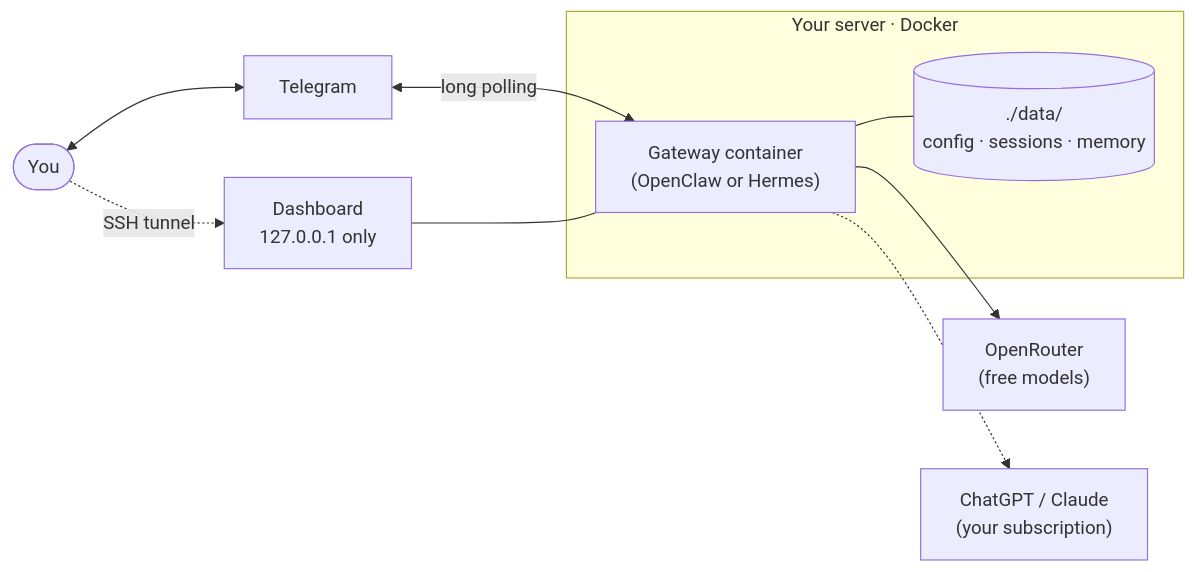
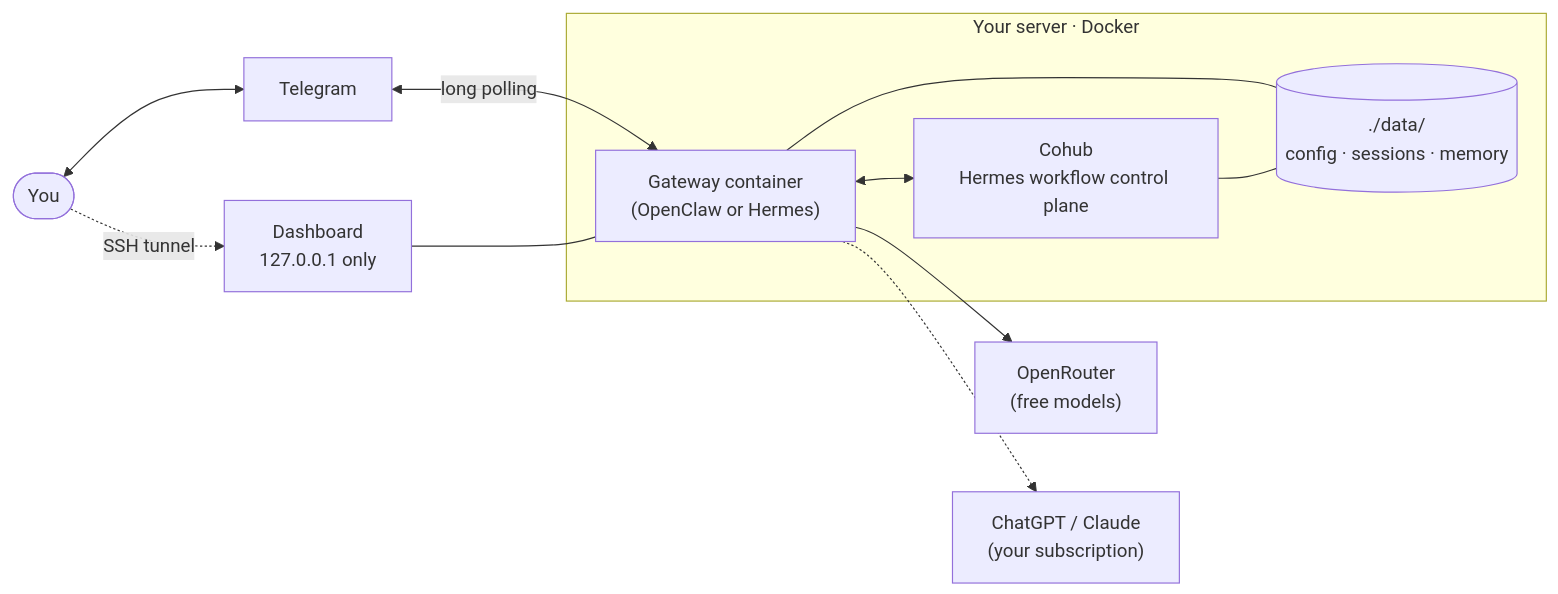
The diagram in README.md (duthaho/lona), drawn with Mermaid before and after one commit. The commit also changed other lines of this file and 5 other files, not shown here.

````diff
--- a/README.md
+++ b/README.md
@@ -22,16 +23,19 @@
 ```mermaid
 flowchart LR
     U([You]) <--> TG[Telegram]
     TG <-- long polling --> GW
 
     subgraph VPS [Your server · Docker]
         GW["Gateway container<br/>(OpenClaw or Hermes)"]
+        CH["Cohub<br/>Hermes workflow control plane"]
         DATA[("./data/<br/>config · sessions · memory")]
         GW --- DATA
+        GW <--> CH
+        CH --- DATA
     end
 
     GW --> OR["OpenRouter<br/>(free models)"]
     GW -.-> SUB["ChatGPT / Claude<br/>(your subscription)"]
     U -. SSH tunnel .-> UI["Dashboard<br/>127.0.0.1 only"]
     UI --- GW
 ```
````
